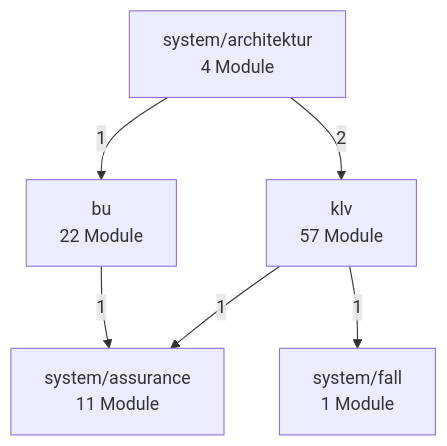
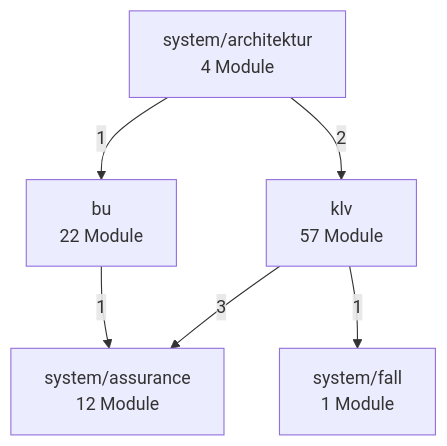
One commit to bartlmac/rechner-pipeline changed the second of 3 diagrams in docs/architektur/landkarte.md. Above: the diagram before and after it, drawn with Mermaid. The commit also changed other lines of this file and 30 other files, not shown here.

````diff
--- a/docs/architektur/landkarte.md
+++ b/docs/architektur/landkarte.md
@@ -73,14 +73,14 @@
 ```mermaid
 %% Fachknoten — erzeugt von ontologie.landkarte
 flowchart TD
     bu["bu<br/>22 Module"]
     klv["klv<br/>57 Module"]
     system_architektur["system/architektur<br/>4 Module"]
-    system_assurance["system/assurance<br/>11 Module"]
+    system_assurance["system/assurance<br/>12 Module"]
     system_fall["system/fall<br/>1 Module"]
     bu -- 1 --> system_assurance
-    klv -- 1 --> system_assurance
+    klv -- 3 --> system_assurance
     klv -- 1 --> system_fall
     system_architektur -- 1 --> bu
     system_architektur -- 2 --> klv
 ```
````
